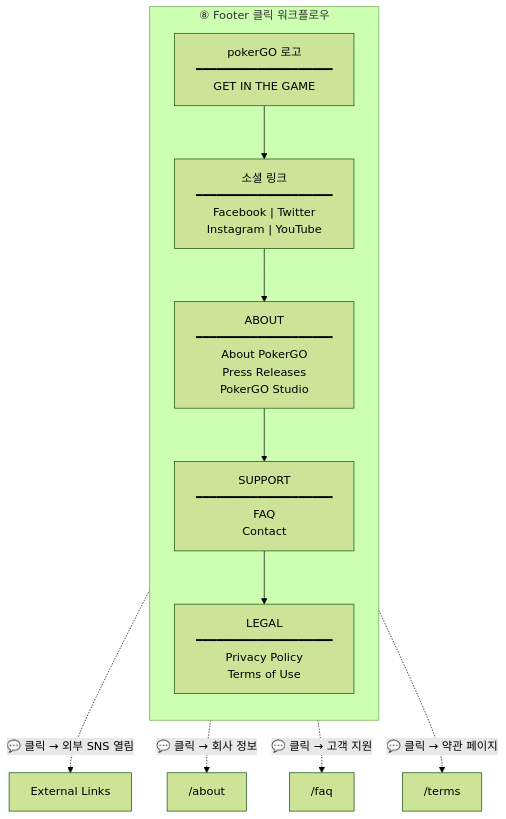
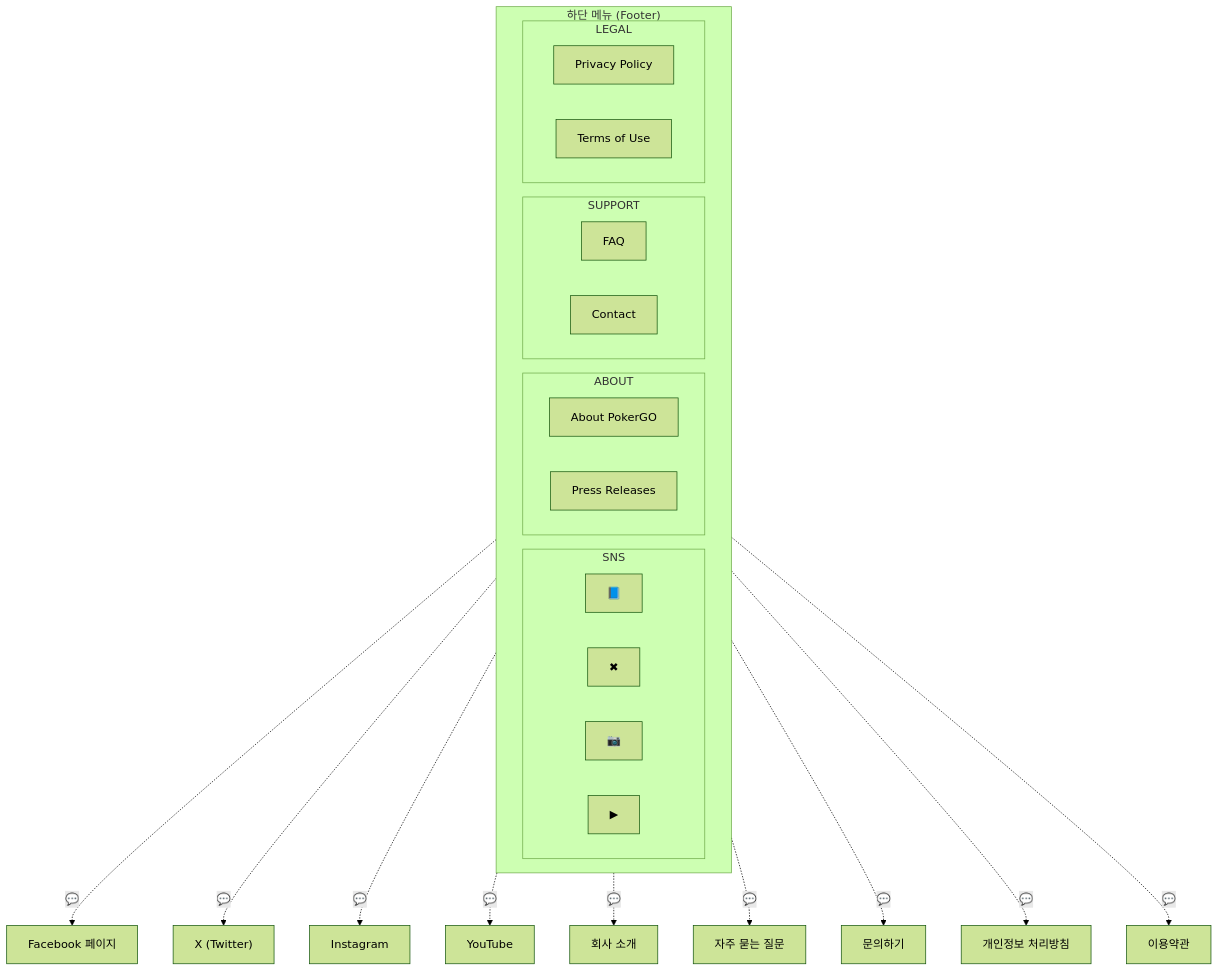
One commit to garimto81/wsoptv_v2 changed the ninth of 11 diagrams in tasks/prds/0009-prd-pokergo-ui-workflow-design.md. Above: the diagram before and after it, drawn with Mermaid (forest theme). The commit also changed other lines of this file and 43 other files, not shown here.

````diff
--- a/tasks/prds/0009-prd-pokergo-ui-workflow-design.md
+++ b/tasks/prds/0009-prd-pokergo-ui-workflow-design.md
@@ -199,23 +285,39 @@
 ```mermaid
 flowchart TB
-    subgraph FooterFlow["⑧ Footer 클릭 워크플로우"]
-        direction TB
+    subgraph FOOTER["하단 메뉴 (Footer)"]
+        direction LR
 
-        FT_LOGO["pokerGO 로고<br/>━━━━━━━━━━━━━━━━━━━━<br/>GET IN THE GAME"]
+        subgraph SNS_AREA["SNS"]
+            FB["📘"]
+            X["✖"]
+            IG["📷"]
+            YT["▶"]
+        end
 
-        FT_SOCIAL["소셜 링크<br/>━━━━━━━━━━━━━━━━━━━━<br/>Facebook | Twitter<br/>Instagram | YouTube"]
+        subgraph ABOUT["ABOUT"]
+            A1["About PokerGO"]
+            A2["Press Releases"]
+        end
 
-        FT_ABOUT["ABOUT<br/>━━━━━━━━━━━━━━━━━━━━<br/>About PokerGO<br/>Press Releases<br/>PokerGO Studio"]
+        subgraph SUPPORT["SUPPORT"]
+            S1["FAQ"]
+            S2["Contact"]
+        end
 
-        FT_SUPPORT["SUPPORT<br/>━━━━━━━━━━━━━━━━━━━━<br/>FAQ<br/>Contact"]
-
-        FT_LEGAL["LEGAL<br/>━━━━━━━━━━━━━━━━━━━━<br/>Privacy Policy<br/>Terms of Use"]
-
-        FT_LOGO --> FT_SOCIAL --> FT_ABOUT --> FT_SUPPORT --> FT_LEGAL
+        subgraph LEGAL["LEGAL"]
+            L1["Privacy Policy"]
+            L2["Terms of Use"]
+        end
     end
 
-    FT_SOCIAL -. "💬 클릭 → 외부 SNS 열림" .-> SNS["External Links"]
-    FT_ABOUT -. "💬 클릭 → 회사 정보" .-> ABOUT["/about"]
-    FT_SUPPORT -. "💬 클릭 → 고객 지원" .-> FAQ["/faq"]
-    FT_LEGAL -. "💬 클릭 → 약관 페이지" .-> LEGAL["/terms"]
+    FB -.->|"💬"| FB_LINK["Facebook 페이지"]
+    X -.->|"💬"| X_LINK["X (Twitter)"]
+    IG -.->|"💬"| IG_LINK["Instagram"]
+    YT -.->|"💬"| YT_LINK["YouTube"]
+
+    A1 -.->|"💬"| ABOUT_PAGE["회사 소개"]
+    S1 -.->|"💬"| FAQ_PAGE["자주 묻는 질문"]
+    S2 -.->|"💬"| CONTACT_PAGE["문의하기"]
+    L1 -.->|"💬"| PRIVACY["개인정보 처리방침"]
+    L2 -.->|"💬"| TERMS["이용약관"]
 ```
````
